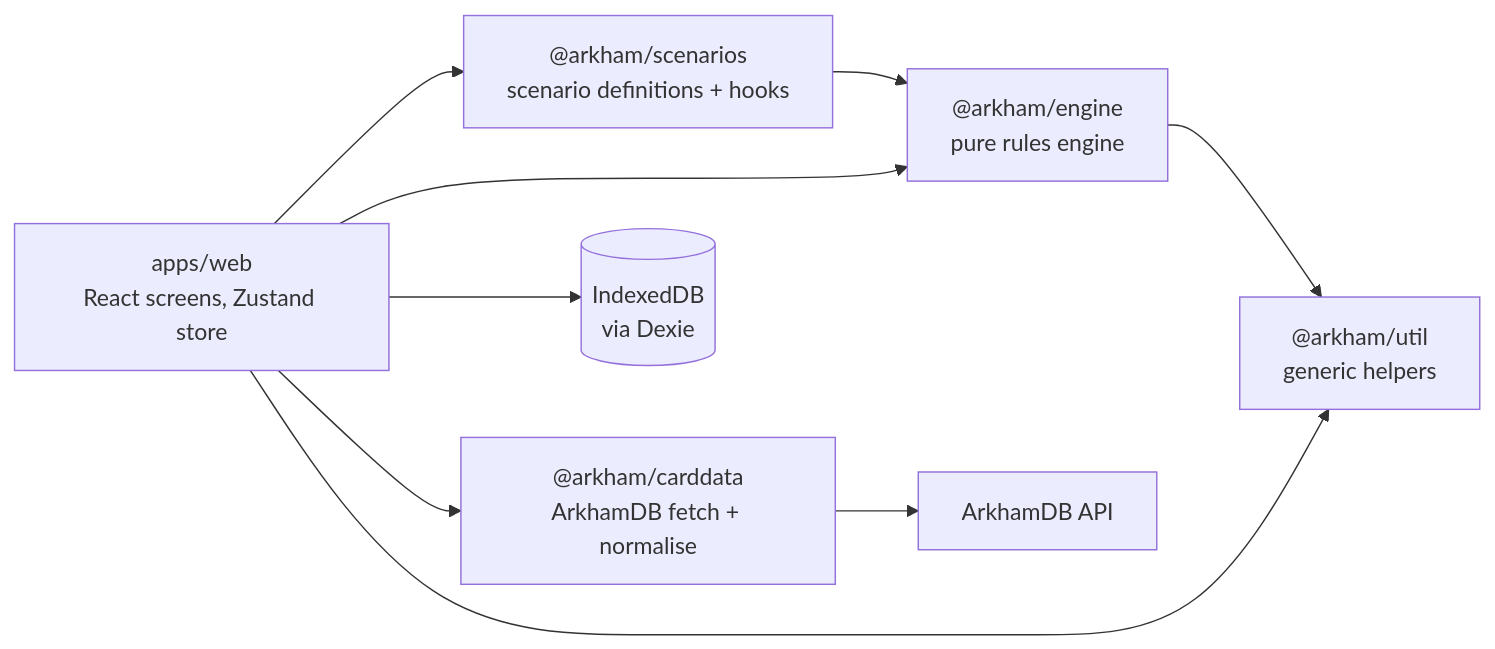
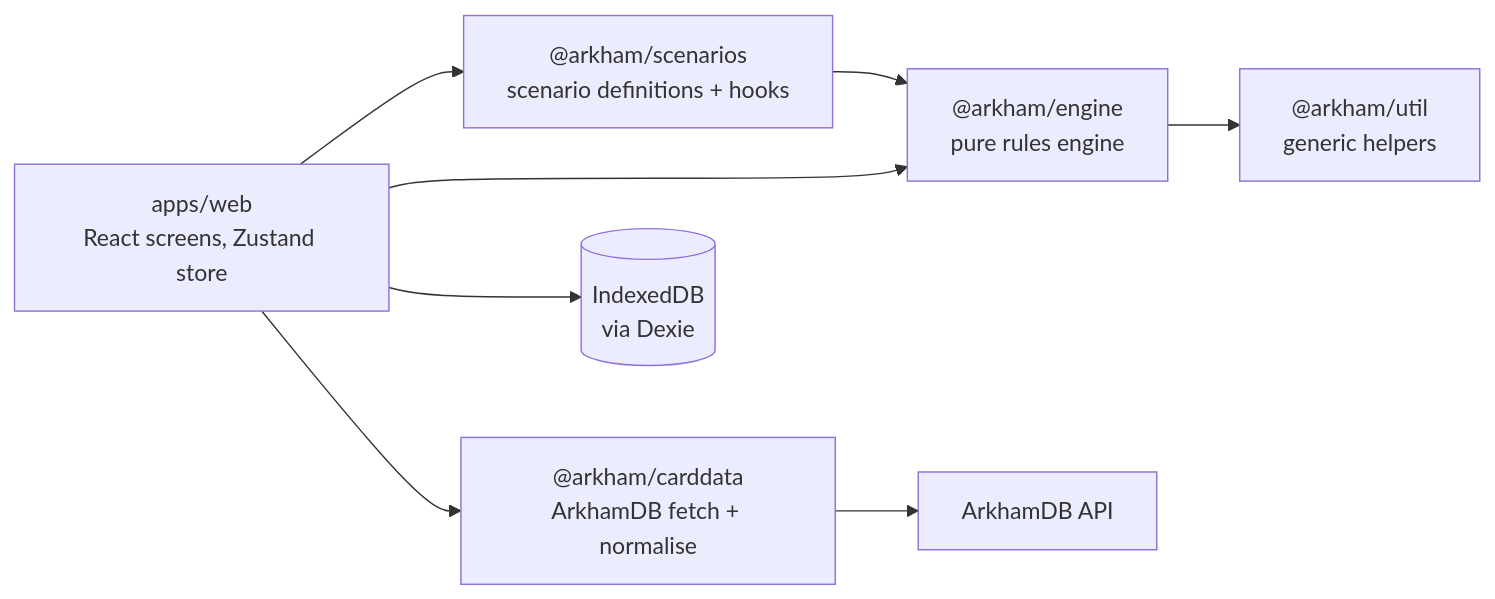
One commit to macandy13/arkham-companion changed the diagram in docs/architecture.md. Above: the diagram before and after it, drawn with Mermaid. The commit also changed other lines of this file and 5 other files, not shown here.

````diff
--- a/docs/architecture.md
+++ b/docs/architecture.md
@@ -13,16 +13,15 @@
 ```mermaid
 flowchart LR
   WEB["apps/web<br/>React screens, Zustand store"]
   SCN["@arkham/scenarios<br/>scenario definitions + hooks"]
   ENG["@arkham/engine<br/>pure rules engine"]
   CD["@arkham/carddata<br/>ArkhamDB fetch + normalise"]
   UTIL["@arkham/util<br/>generic helpers"]
   IDB[("IndexedDB<br/>via Dexie")]
   ADB["ArkhamDB API"]
   WEB --> SCN --> ENG --> UTIL
   WEB --> ENG
-  WEB --> UTIL
   WEB --> CD
   WEB --> IDB
   CD --> ADB
 ```
````
